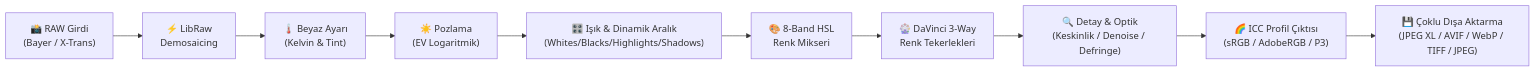
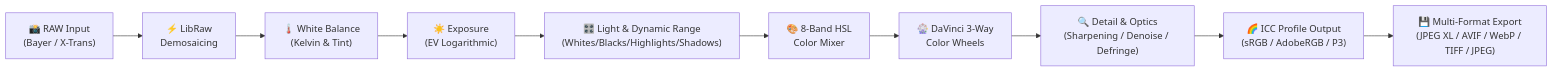
The second of 2 diagrams in README.md (mickes66/omarchy-omastudio), drawn with Mermaid before and after one commit. The commit also changed other lines of this file and 1 other file, not shown here.

````diff
--- a/README.md
+++ b/README.md
@@ -59,12 +61,12 @@
 ```mermaid
 flowchart LR
-    A["📸 RAW Girdi<br/>(Bayer / X-Trans)"] --> B["⚡ LibRaw<br/>Demosaicing"]
-    B --> C["🌡️ Beyaz Ayarı<br/>(Kelvin & Tint)"]
-    C --> D["☀️ Pozlama<br/>(EV Logaritmik)"]
-    D --> E["🎛️ Işık & Dinamik Aralık<br/>(Whites/Blacks/Highlights/Shadows)"]
-    E --> F["🎨 8-Band HSL<br/>Renk Mikseri"]
-    F --> G["🎡 DaVinci 3-Way<br/>Renk Tekerlekleri"]
-    G --> H["🔍 Detay & Optik<br/>(Keskinlik / Denoise / Defringe)"]
-    H --> I["🌈 ICC Profil Çıktısı<br/>(sRGB / AdobeRGB / P3)"]
-    I --> J["💾 Çoklu Dışa Aktarma<br/>(JPEG XL / AVIF / WebP / TIFF / JPEG)"]
+    A["📸 RAW Input<br/>(Bayer / X-Trans)"] --> B["⚡ LibRaw<br/>Demosaicing"]
+    B --> C["🌡️ White Balance<br/>(Kelvin & Tint)"]
+    C --> D["☀️ Exposure<br/>(EV Logarithmic)"]
+    D --> E["🎛️ Light & Dynamic Range<br/>(Whites/Blacks/Highlights/Shadows)"]
+    E --> F["🎨 8-Band HSL<br/>Color Mixer"]
+    F --> G["🎡 DaVinci 3-Way<br/>Color Wheels"]
+    G --> H["🔍 Detail & Optics<br/>(Sharpening / Denoise / Defringe)"]
+    H --> I["🌈 ICC Profile Output<br/>(sRGB / AdobeRGB / P3)"]
+    I --> J["💾 Multi-Format Export<br/>(JPEG XL / AVIF / WebP / TIFF / JPEG)"]
 ```
````
